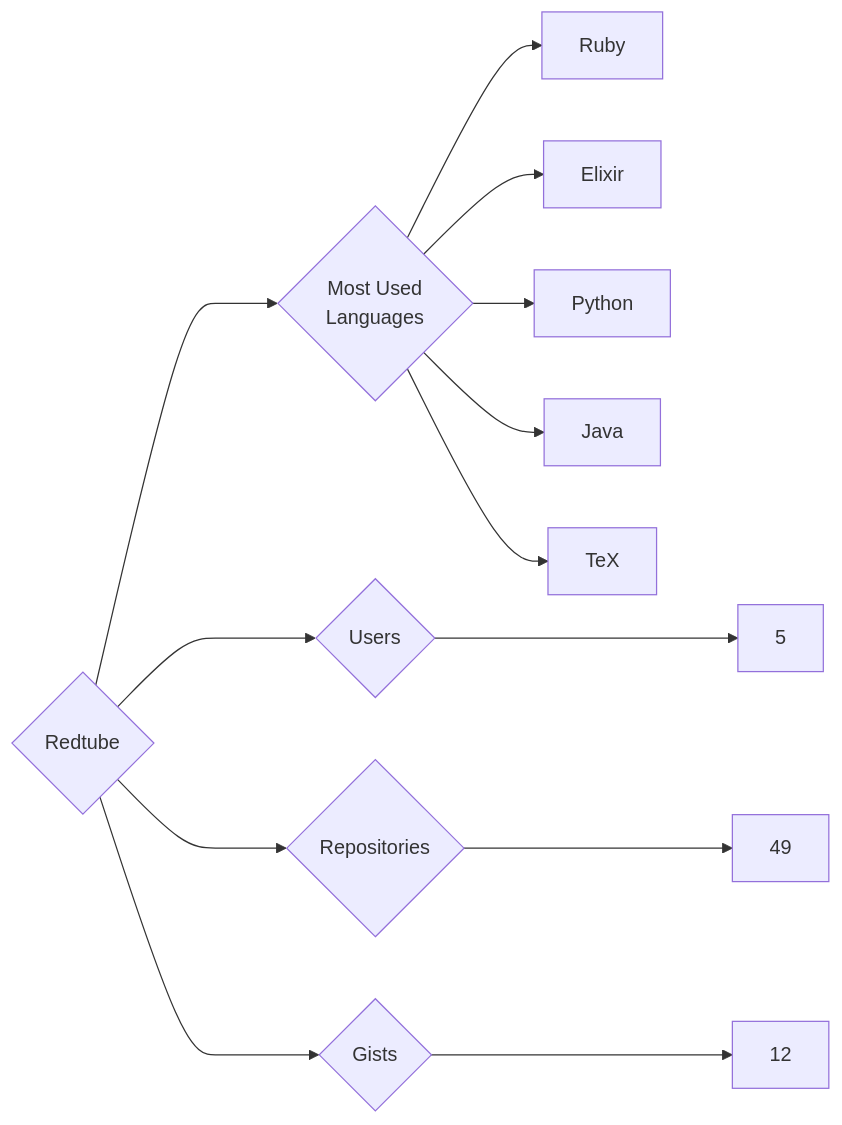
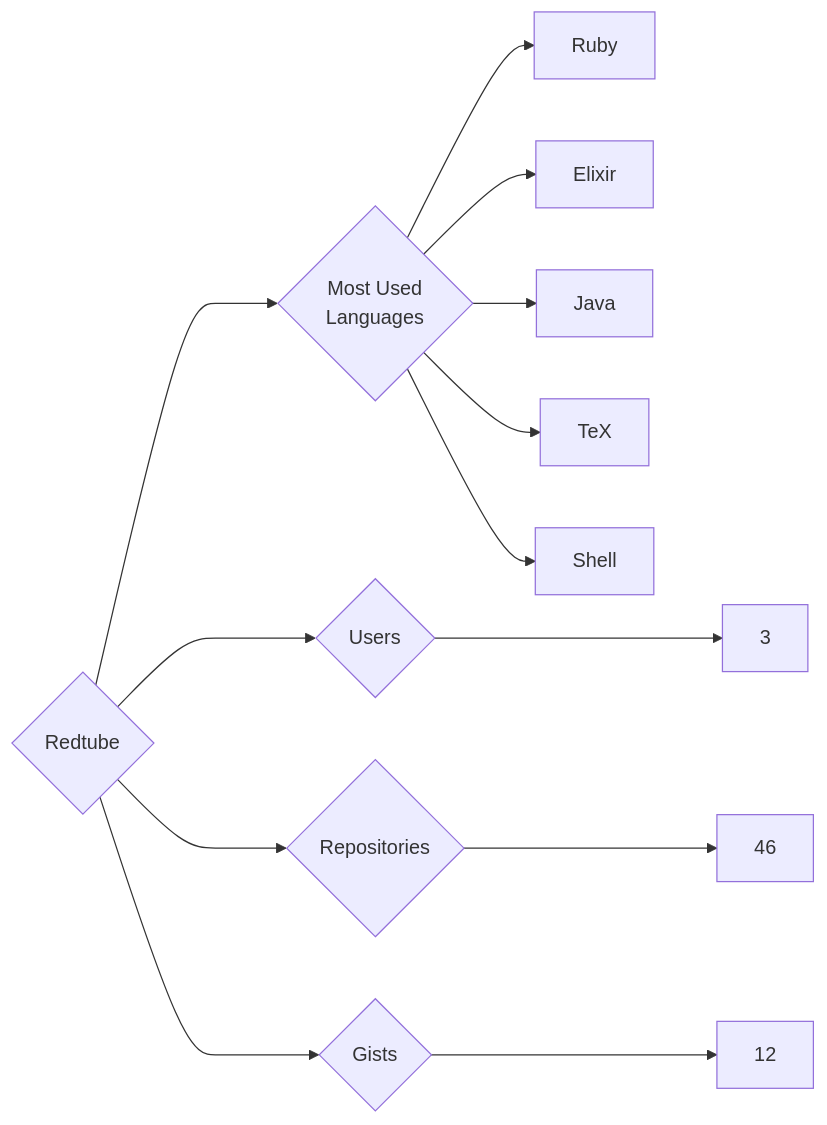
One commit to trickest/insiders changed the diagram in targets/Redtube/README.md. Above: the diagram before and after it, drawn with Mermaid. The commit also changed 773 other files, not shown here.

````diff
--- a/targets/Redtube/README.md
+++ b/targets/Redtube/README.md
@@ -3,13 +3,13 @@
 ```mermaid
 graph LR
 COMPANY_NAME{Redtube}
-COMPANY_NAME ---> U{Users} ---> UN[5]
-COMPANY_NAME ---> R{Repositories} ---> RN[49]
+COMPANY_NAME ---> U{Users} ---> UN[3]
+COMPANY_NAME ---> R{Repositories} ---> RN[46]
 COMPANY_NAME ---> G{Gists} ---> GN[12]
 COMPANY_NAME ---> ML{Most Used<br>Languages}
 ML --> Ruby[Ruby]
 ML --> Elixir[Elixir]
-ML --> Python[Python]
 ML --> Java[Java]
 ML --> TeX[TeX]
+ML --> Shell[Shell]
 ```
````
